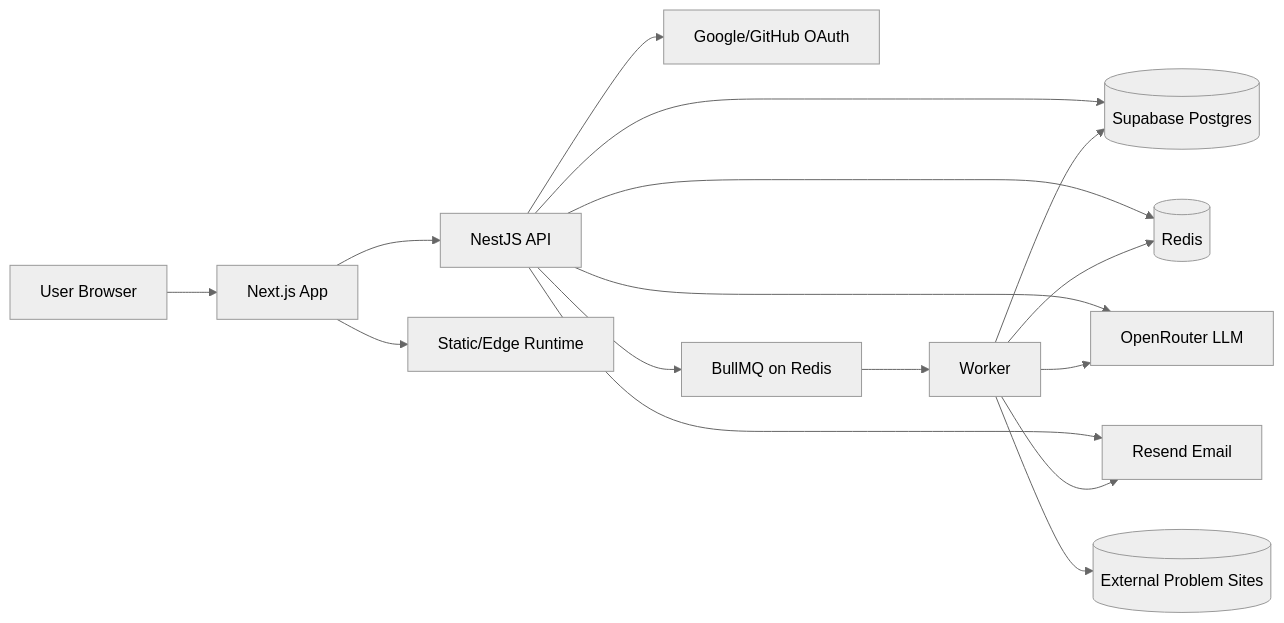
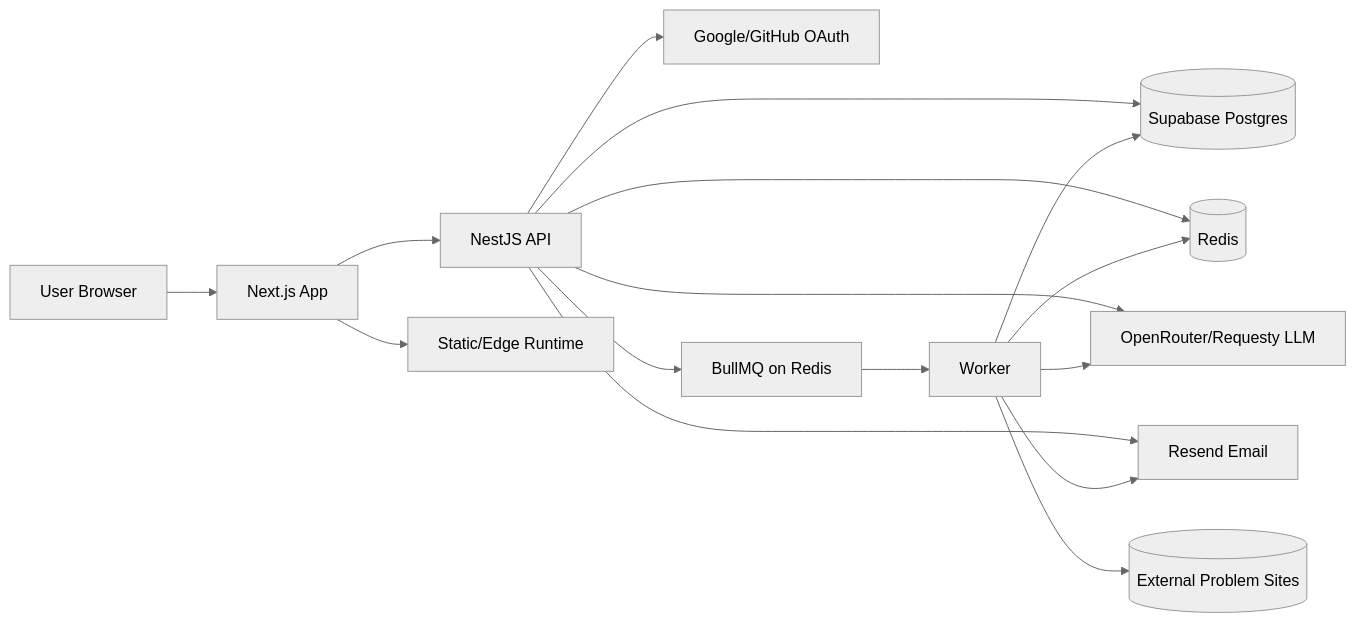
One commit to seungjoonH/psstudio changed the first of 8 diagrams in design/architecture.md. Above: the diagram before and after it, drawn with Mermaid (neutral theme). The commit also changed other lines of this file and 15 other files, not shown here.

````diff
--- a/design/architecture.md
+++ b/design/architecture.md
@@ -38,21 +38,21 @@
 ```mermaid
 flowchart LR
     U[User Browser] --> FE[Next.js App]
     FE --> BE[NestJS API]
 
     BE --> PG[(Supabase Postgres)]
     BE --> RD[(Redis)]
     BE --> OAUTH[Google/GitHub OAuth]
-    BE --> AIAPI[OpenRouter LLM]
+    BE --> AIAPI[OpenRouter/Requesty LLM]
     BE --> EMAIL[Resend Email]
 
     BE --> NQ[BullMQ on Redis]
     NQ --> WK[Worker]
     WK --> PG
     WK --> RD
     WK --> AIAPI
     WK --> EMAIL
     WK --> EXTSITE[(External Problem Sites)]
 
     FE --> CDN[Static/Edge Runtime]
 ```
````
